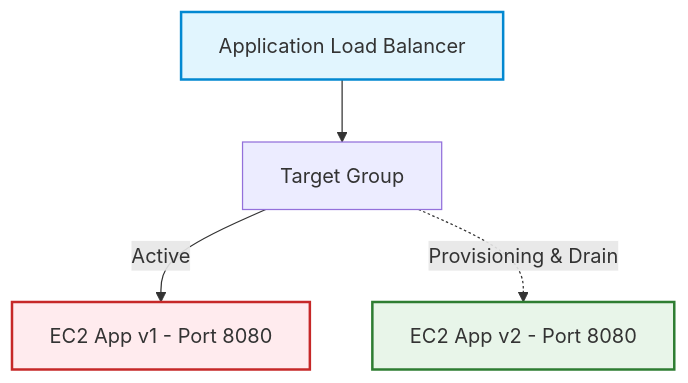
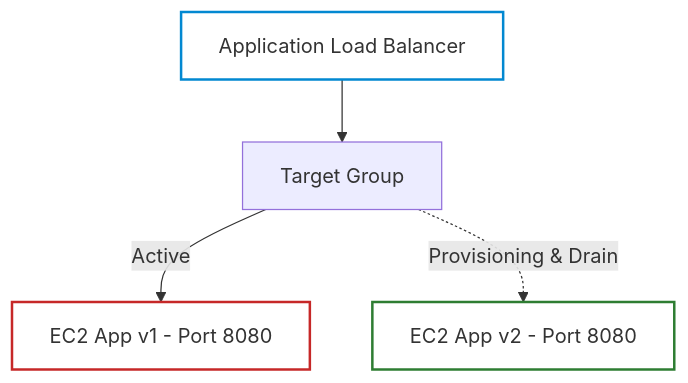
Before and after one commit to kiennt308/ntk: the fifth of 6 diagrams in _posts/2026-09-13-terraform-16-16-lifecycle-meta-arguments-create-before-destroy-prevent-destroy-ignore-changes.md, drawn with Mermaid. The commit also changed other lines of this file and 207 other files, not shown here.

Commit message:
feat(posts): batch standardize all 208 posts with TL;DR, qa-card accordion, fill:none mermaid, and liquid raw wrappers

````diff
--- a/_posts/2026-09-13-terraform-16-16-lifecycle-meta-arguments-create-before-destroy-prevent-destroy-ignore-changes.md
+++ b/_posts/2026-09-13-terraform-16-16-lifecycle-meta-arguments-create-before-destroy-prevent-destroy-ignore-changes.md
@@ -316,12 +320,12 @@
 ```mermaid
 graph TD
     ALB["Application Load Balancer"] --> TG["Target Group"]
     TG -->|Active| EC2_OLD["EC2 App v1 - Port 8080"]
     TG -.->|Provisioning & Drain| EC2_NEW[EC2 App v2 - Port 8080]
 
-    style ALB fill:#e1f5fe,stroke:#0288d1,stroke-width:2px
-    style EC2_OLD fill:#ffebee,stroke:#c62828,stroke-width:2px
-    style EC2_NEW fill:#e8f5e9,stroke:#2e7d32,stroke-width:2px
+    style ALB fill:none,stroke:#0288d1,stroke-width:2px
+    style EC2_OLD fill:none,stroke:#c62828,stroke-width:2px
+    style EC2_NEW fill:none,stroke:#2e7d32,stroke-width:2px
 
 
 ```
````
